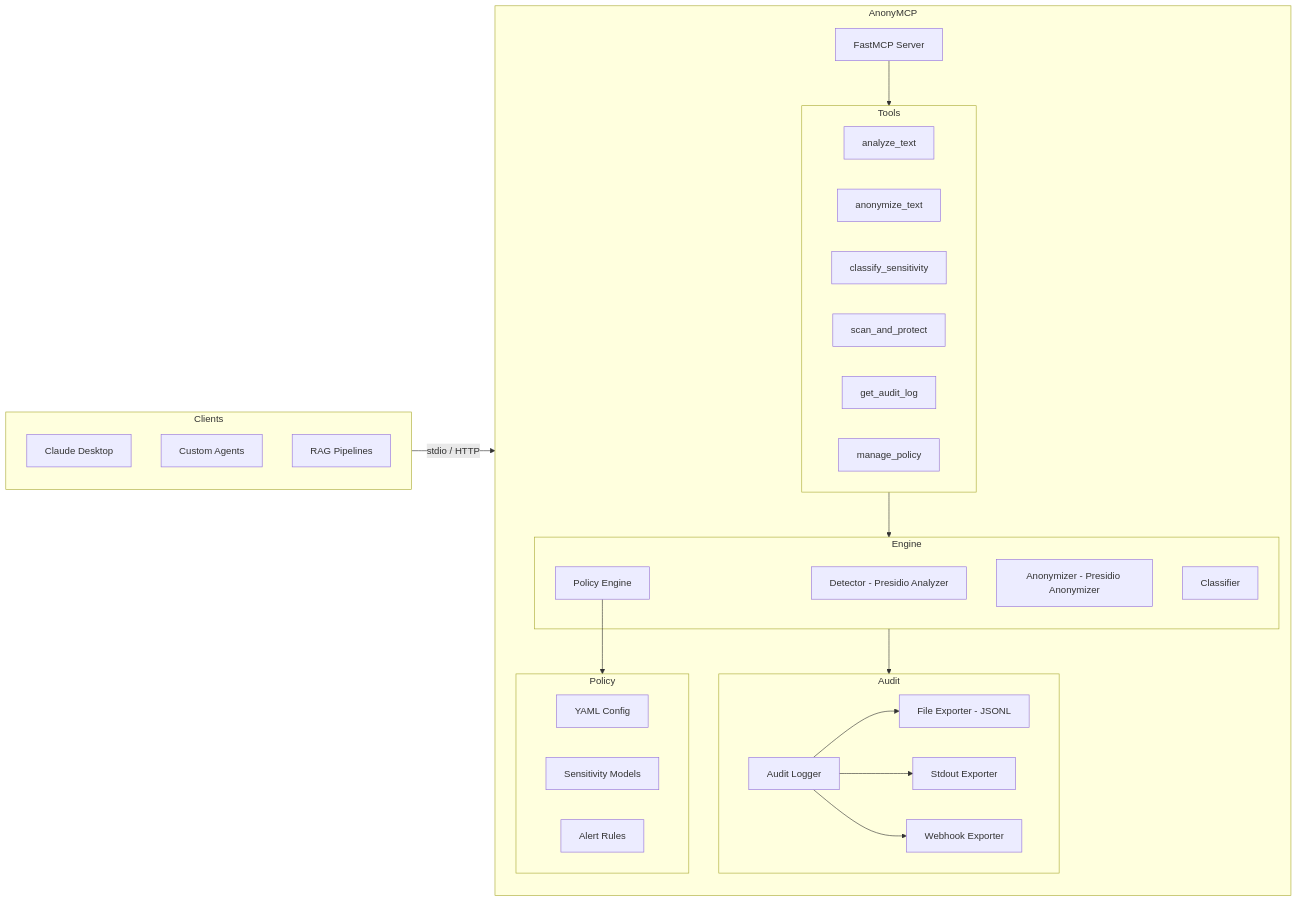
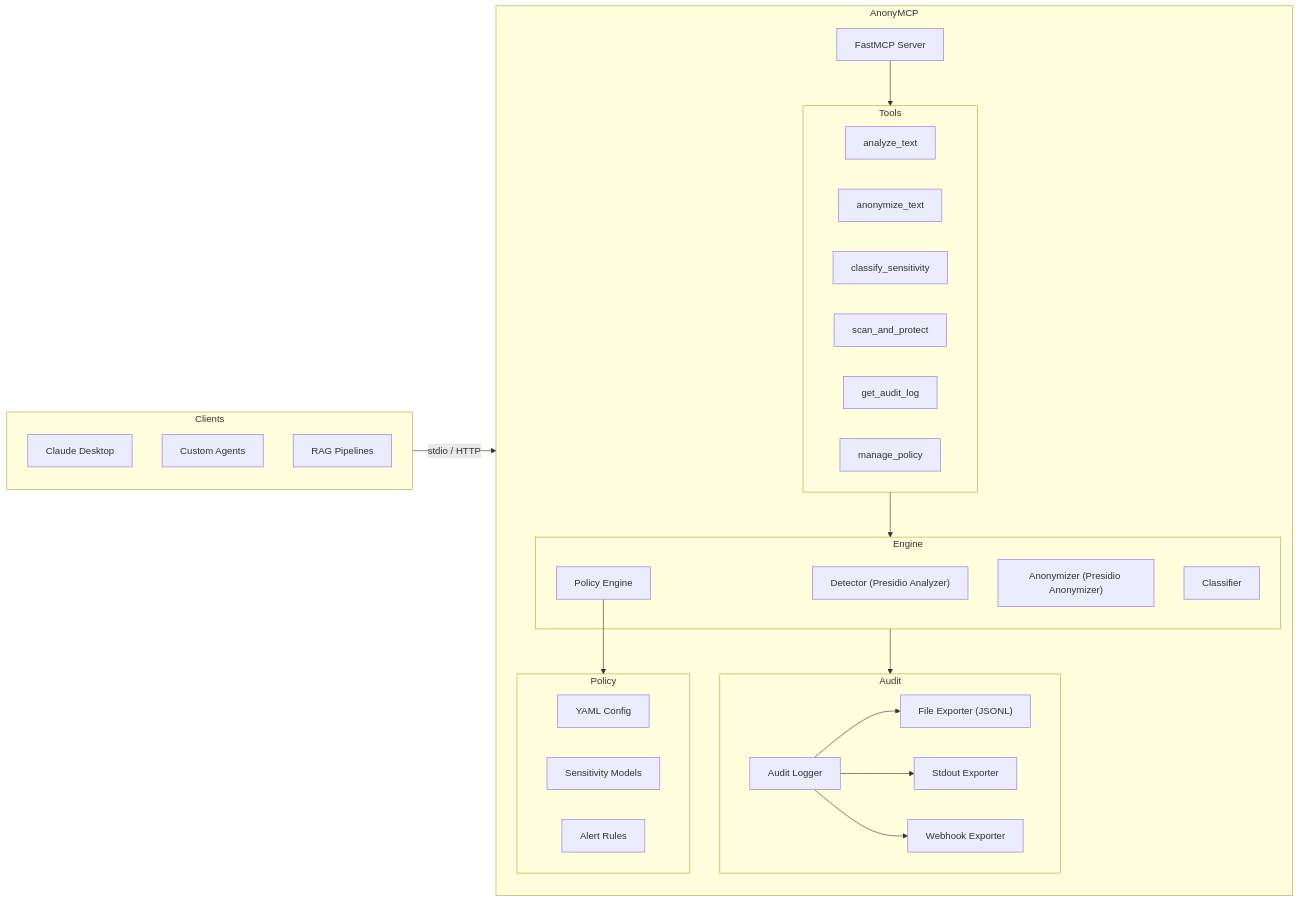
Before and after one commit to frankkyazze9/anonymcp: the diagram in README.md, drawn with Mermaid. The commit also changed other lines of this file, not shown here.

Commit message:
Fix README markdown formatting for GitHub rendering
- Quote Mermaid node labels with parens instead of dashes
- Add missing blank lines before --- separators
- Ensures Mermaid diagram and horizontal rules render correctly

````diff
--- a/README.md
+++ b/README.md
@@ -47,51 +48,51 @@
 ```mermaid
 flowchart LR
     subgraph Clients
         C1[Claude Desktop]
         C2[Custom Agents]
         C3[RAG Pipelines]
     end
 
     subgraph AnonyMCP
         direction TB
         MCP[FastMCP Server]
 
         subgraph Tools
             T1[analyze_text]
             T2[anonymize_text]
             T3[classify_sensitivity]
             T4[scan_and_protect]
             T5[get_audit_log]
             T6[manage_policy]
         end
 
         subgraph Engine
-            DET[Detector - Presidio Analyzer]
-            ANON[Anonymizer - Presidio Anonymizer]
+            DET["Detector (Presidio Analyzer)"]
+            ANON["Anonymizer (Presidio Anonymizer)"]
             CLS[Classifier]
             PE[Policy Engine]
         end
 
         subgraph Audit
             AL[Audit Logger]
-            FE[File Exporter - JSONL]
+            FE["File Exporter (JSONL)"]
             SE[Stdout Exporter]
             WE[Webhook Exporter]
         end
 
         subgraph Policy
             YAML[YAML Config]
             MODELS[Sensitivity Models]
             ALERTS[Alert Rules]
         end
     end
 
     Clients -->|stdio / HTTP| MCP
     MCP --> Tools
     Tools --> Engine
     Engine --> Audit
     PE --> Policy
     AL --> FE
     AL --> SE
     AL --> WE
 ```
````
